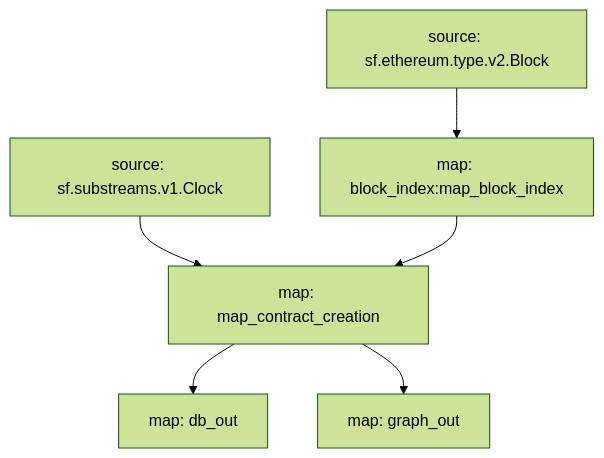
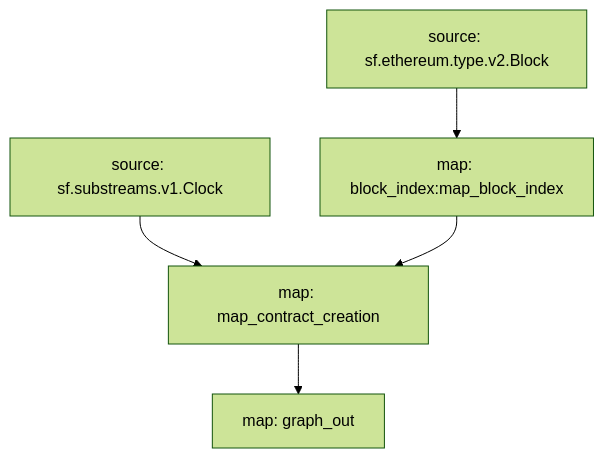
The diagram in README.md (pinax-network/subgraph-contract-creation), drawn with Mermaid (forest theme) before and after one commit. The commit also changed other lines of this file and 18 other files, not shown here.

````diff
--- a/README.md
+++ b/README.md
@@ -84,12 +56,10 @@
 ```mermaid
 graph TD;
   map_contract_creation[map: map_contract_creation];
   sf.substreams.v1.Clock[source: sf.substreams.v1.Clock] --> map_contract_creation;
   block_index:map_block_index --> map_contract_creation;
-  db_out[map: db_out];
-  map_contract_creation --> db_out;
   graph_out[map: graph_out];
   map_contract_creation --> graph_out;
   block_index:map_block_index[map: block_index:map_block_index];
   sf.ethereum.type.v2.Block[source: sf.ethereum.type.v2.Block] --> block_index:map_block_index;
 ```
````
